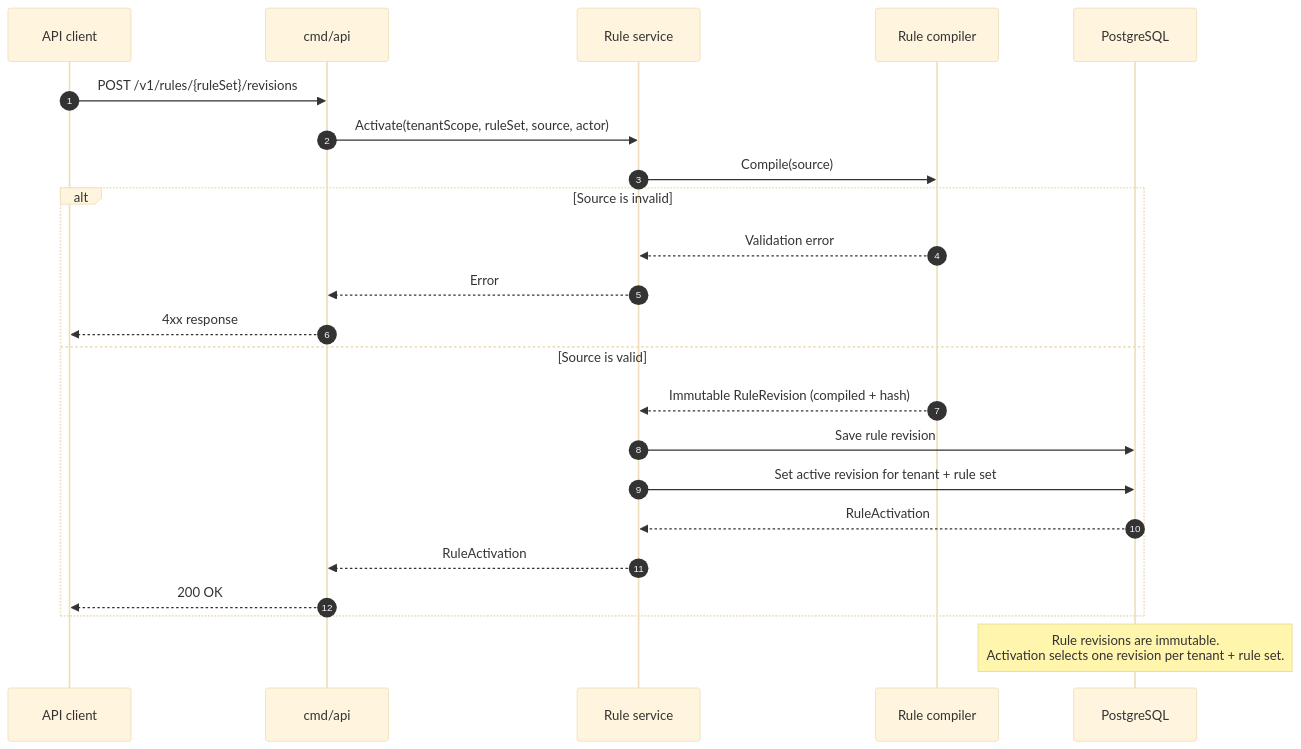
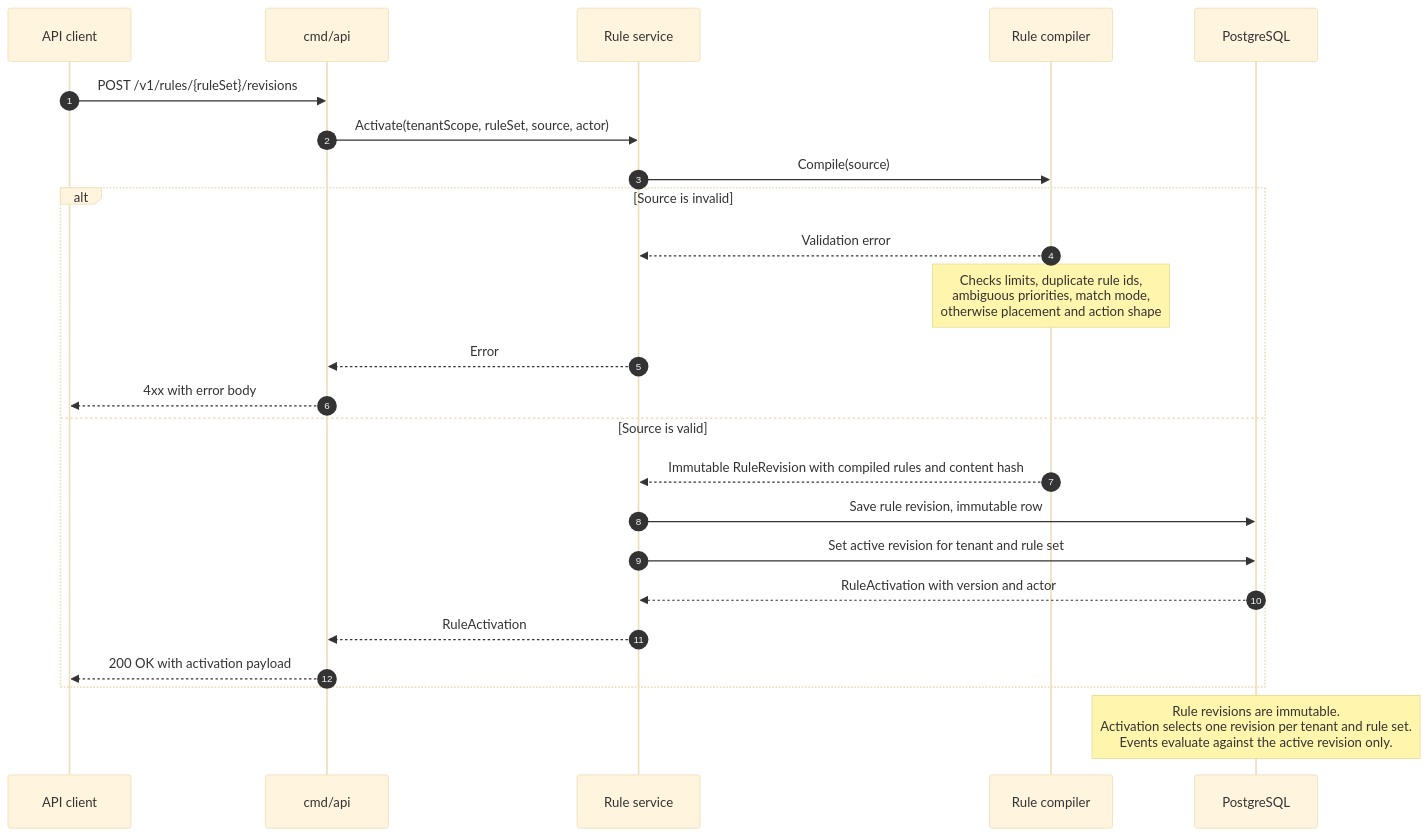
The diagram in docs/05-rule-lifecycle.mmd (premchandkpc/kafka-simulate-rule), drawn with Mermaid (base theme) before and after one commit. The commit also changed 17 other files, not shown here.

Commit message:
docs: enrich mermaid diagrams and fix parse errors

```diff
--- a/docs/05-rule-lifecycle.mmd
+++ b/docs/05-rule-lifecycle.mmd
@@ -1,24 +1,27 @@
 sequenceDiagram
     autonumber
     participant Client as API client
     participant API as cmd/api
     participant Rules as Rule service
     participant Compiler as Rule compiler
     participant DB as PostgreSQL
 
     Client->>API: POST /v1/rules/{ruleSet}/revisions
     API->>Rules: Activate(tenantScope, ruleSet, source, actor)
     Rules->>Compiler: Compile(source)
+
     alt Source is invalid
         Compiler-->>Rules: Validation error
+        Note over Compiler: Checks limits, duplicate rule ids,<br/>ambiguous priorities, match mode,<br/>otherwise placement and action shape
         Rules-->>API: Error
-        API-->>Client: 4xx response
+        API-->>Client: 4xx with error body
     else Source is valid
-        Compiler-->>Rules: Immutable RuleRevision (compiled + hash)
-        Rules->>DB: Save rule revision
-        Rules->>DB: Set active revision for tenant + rule set
-        DB-->>Rules: RuleActivation
+        Compiler-->>Rules: Immutable RuleRevision with compiled rules and content hash
+        Rules->>DB: Save rule revision, immutable row
+        Rules->>DB: Set active revision for tenant and rule set
+        DB-->>Rules: RuleActivation with version and actor
         Rules-->>API: RuleActivation
-        API-->>Client: 200 OK
+        API-->>Client: 200 OK with activation payload
     end
-    Note over DB: Rule revisions are immutable.<br/>Activation selects one revision per tenant + rule set.
+
+    Note over DB: Rule revisions are immutable.<br/>Activation selects one revision per tenant and rule set.<br/>Events evaluate against the active revision only.
```
